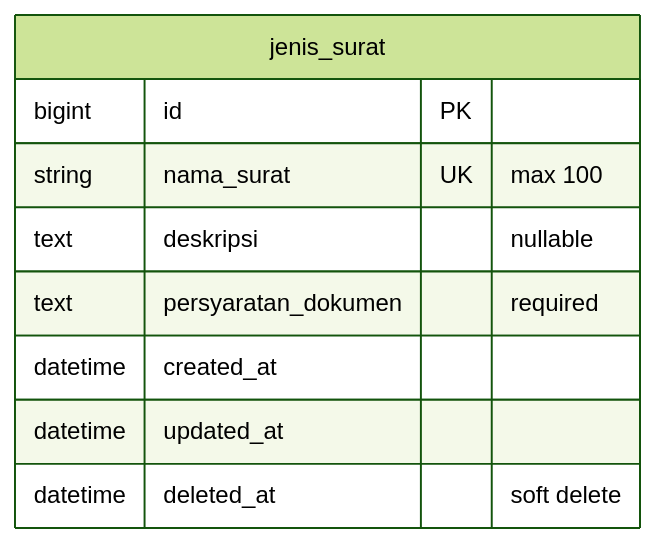
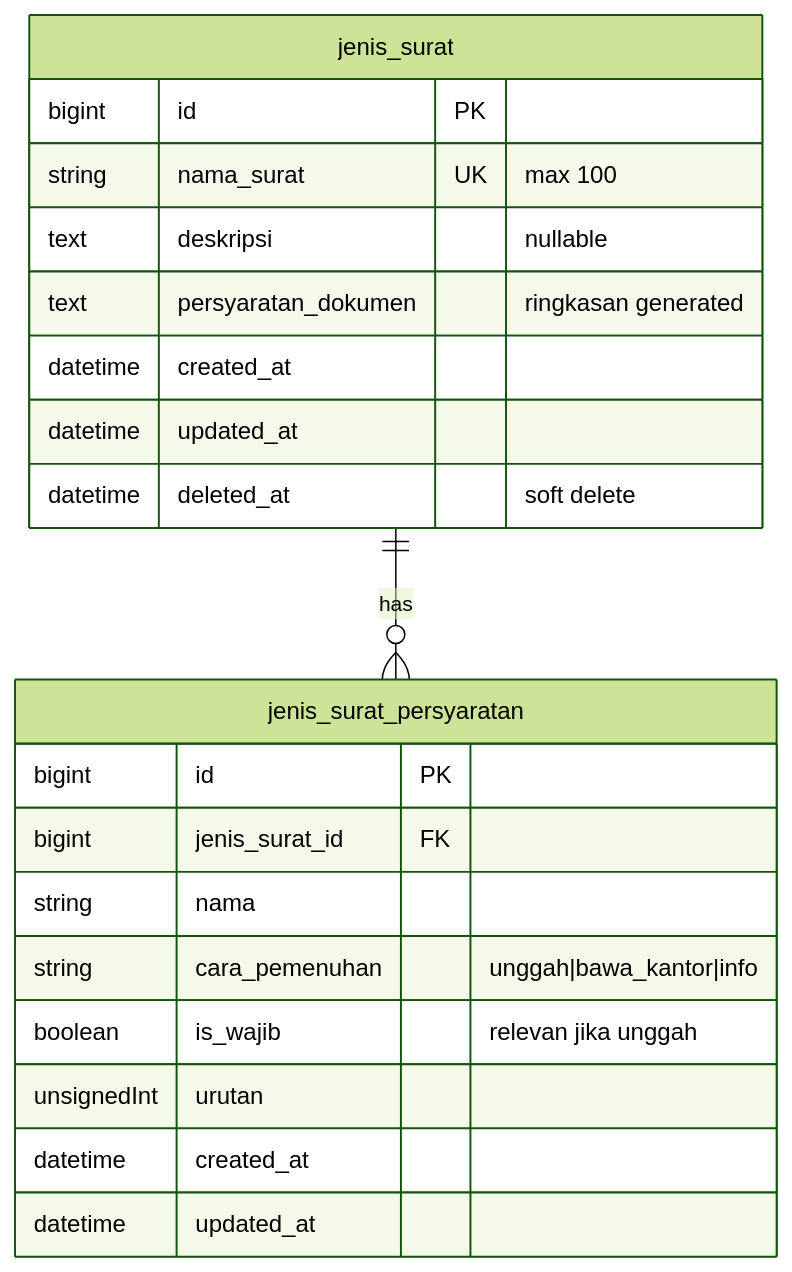
One commit to ZulfikarHD/sistem-desa changed the second of 2 diagrams in docs/dev-docs/features/jenis-surat.md. Above: the diagram before and after it, drawn with Mermaid (forest theme). The commit also changed other lines of this file and 24 other files, not shown here.

First line of the commit message:
feat(jenis-surat): tambah persyaratan terstruktur menggantikan textarea bebas

````diff
--- a/docs/dev-docs/features/jenis-surat.md
+++ b/docs/dev-docs/features/jenis-surat.md
@@ -25,12 +28,23 @@
 ```mermaid
 erDiagram
+    jenis_surat ||--o{ jenis_surat_persyaratan : has
     jenis_surat {
         bigint id PK
         string nama_surat UK "max 100"
         text deskripsi "nullable"
-        text persyaratan_dokumen "required"
+        text persyaratan_dokumen "ringkasan generated"
         datetime created_at
         datetime updated_at
         datetime deleted_at "soft delete"
     }
+    jenis_surat_persyaratan {
+        bigint id PK
+        bigint jenis_surat_id FK
+        string nama
+        string cara_pemenuhan "unggah|bawa_kantor|info"
+        boolean is_wajib "relevan jika unggah"
+        unsignedInt urutan
+        datetime created_at
+        datetime updated_at
+    }
 ```
````
